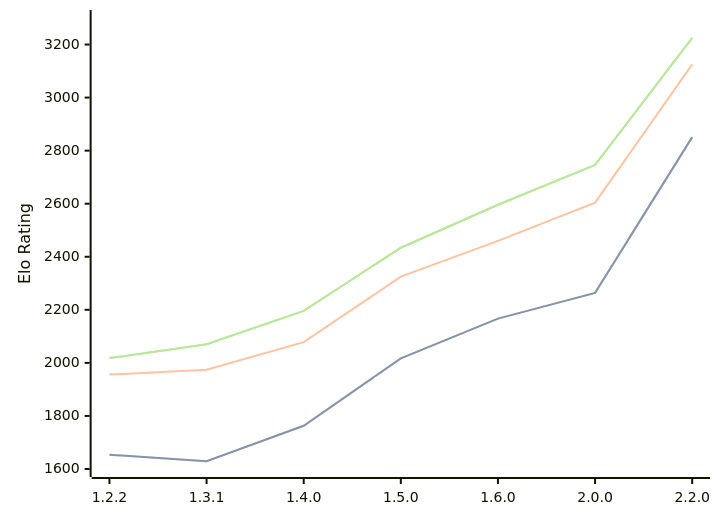
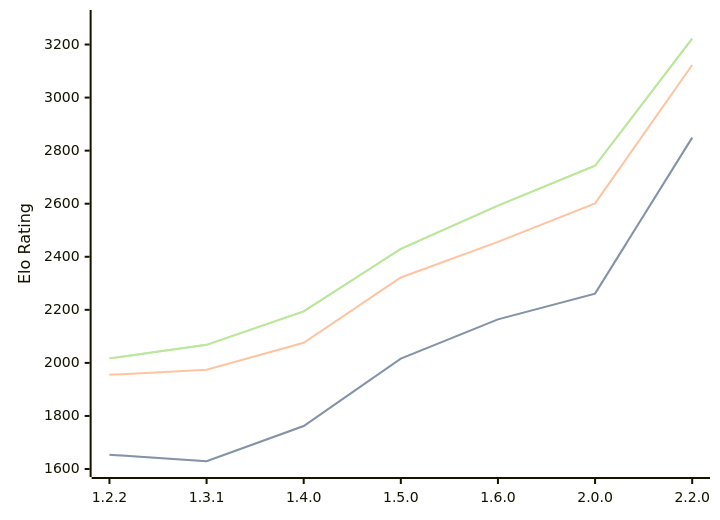
One commit to computer-chess-index/cci changed the diagram in engines/SoloEngine.md. Above: the diagram before and after it, drawn with Mermaid. The commit also changed other lines of this file, not shown here.

Commit message:
Update CCI Ratings (ELO VLTC) - 2026-08-12

````diff
--- a/engines/SoloEngine.md
+++ b/engines/SoloEngine.md
@@ -38,11 +38,11 @@
 ```mermaid
 %%{init: {"theme":"base","themeVariables":{"seriesColors:['#a3a3a3','#222221','#faa371']}}}%%
 xychart-beta
   x-axis ["1.2.2", "1.3.1", "1.4.0", "1.5.0", "1.6.0", "2.0.0", "2.2.0"]
   y-axis "Elo Rating" 1600 --> 3300
-  line "STC (8.0+0.08s)" [1654, 1629, 1763, 2017, 2167, 2264, 2851]
-  line "STC (8.0+0.08s)" [1654, 1629, 1763, 2017, 2167, 2264, 2851]
-  line "LTC (60.0+0.60s)" [1956, 1974, 2078, 2325, 2460, 2604, 3125]
-  line "VLTC (2m24s+1.12s)" [2018, 2070, 2196, 2434, 2596, 2746, 3225]
-  line "VLTC (2m24s+1.12s)" [2018, 2070, 2196, 2434, 2596, 2746, 3225]
+  line "STC (8.0+0.08s)" [1654, 1629, 1762, 2016, 2164, 2261, 2849]
+  line "STC (8.0+0.08s)" [1654, 1629, 1762, 2016, 2164, 2261, 2849]
+  line "LTC (60.0+0.60s)" [1955, 1974, 2076, 2322, 2456, 2601, 3123]
+  line "VLTC (2m24s+1.12s)" [2017, 2068, 2194, 2430, 2593, 2743, 3222]
+  line "VLTC (2m24s+1.12s)" [2017, 2068, 2194, 2430, 2593, 2743, 3222]
 ```
````
